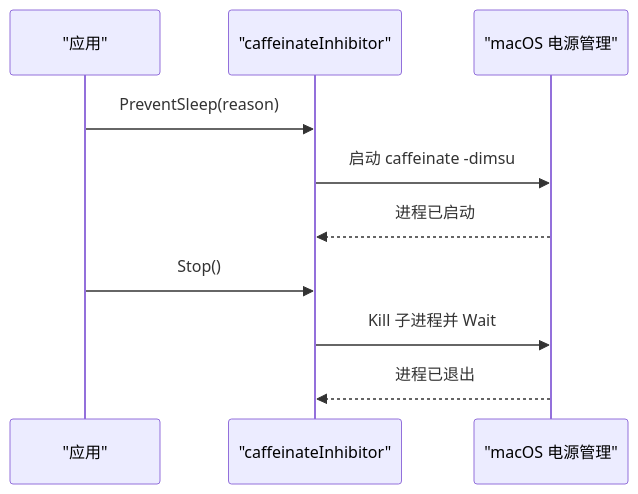
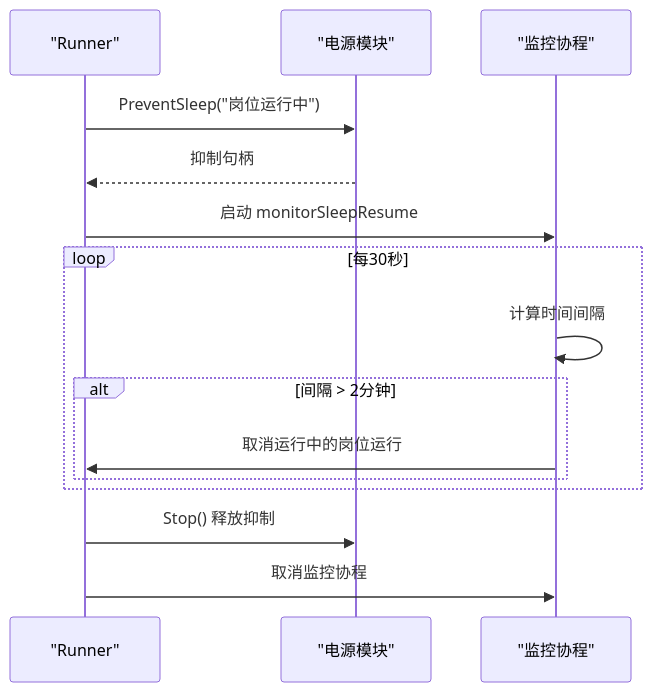
One commit to alvinwangzi/goodhr changed the sixth of 7 diagrams in .qoder/repowiki/zh/content/本地执行器/任务调度/电源管理.md. Above: the diagram before and after it, drawn with Mermaid. The commit also changed other lines of this file and 149 other files, not shown here.

````diff
--- a/.qoder/repowiki/zh/content/本地执行器/任务调度/电源管理.md
+++ b/.qoder/repowiki/zh/content/本地执行器/任务调度/电源管理.md
@@ -195,12 +200,17 @@
 ```mermaid
 sequenceDiagram
-participant App as "应用"
-participant Guard as "caffeinateInhibitor"
-participant OS as "macOS 电源管理"
-App->>Guard : PreventSleep(reason)
-Guard->>OS : 启动 caffeinate -dimsu
-OS-->>Guard : 进程已启动
-App->>Guard : Stop()
-Guard->>OS : Kill 子进程并 Wait
-OS-->>Guard : 进程已退出
+participant R as "Runner"
+participant P as "电源模块"
+participant M as "监控协程"
+R->>P : PreventSleep("岗位运行中")
+P-->>R : 抑制句柄
+R->>M : 启动 monitorSleepResume
+loop 每30秒
+M->>M : 计算时间间隔
+alt 间隔 > 2分钟
+M->>R : 取消运行中的岗位运行
+end
+end
+R->>P : Stop() 释放抑制
+R->>M : 取消监控协程
 ```
````
